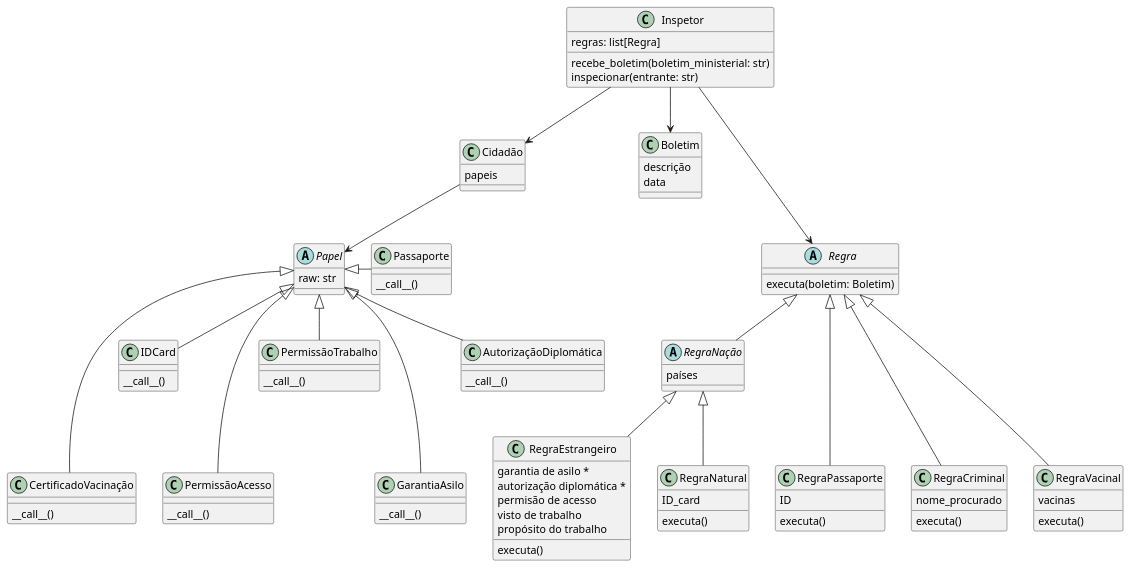
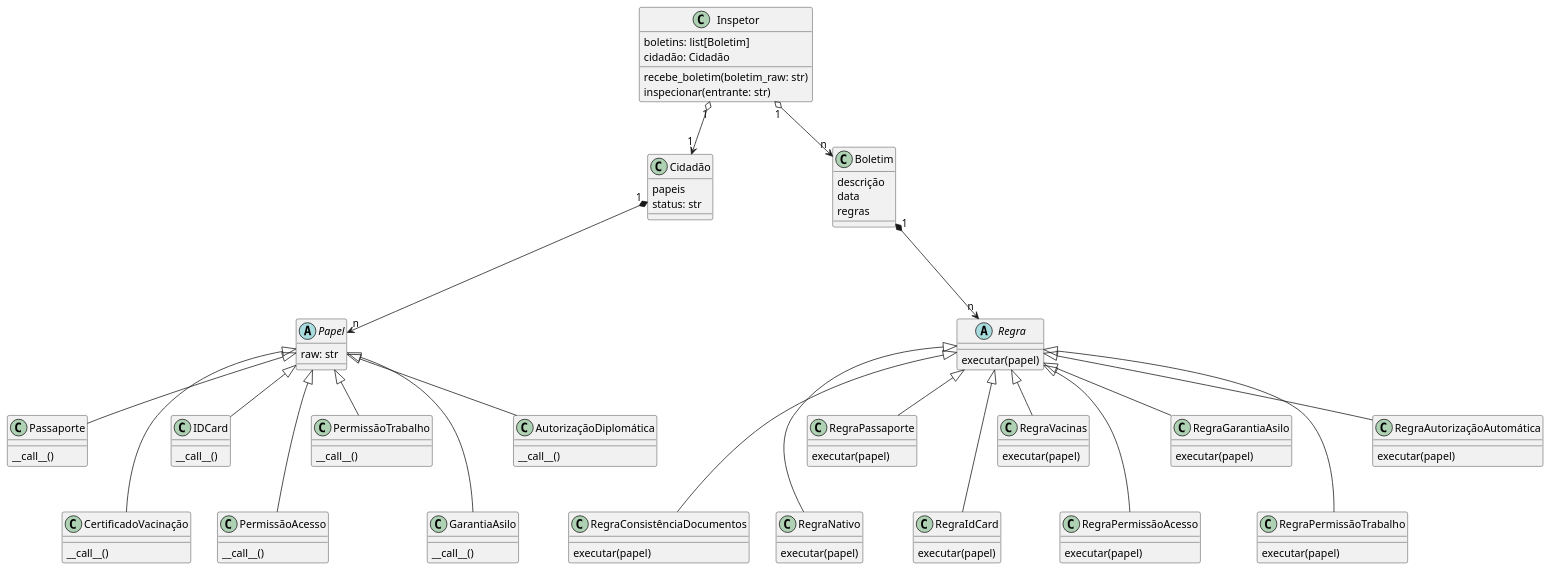
The diagram in scketch.pu (ralphribeiro/papers_please), drawn with PlantUML before and after one commit. The commit also changed 7 other files, not shown here.

```diff
--- a/scketch.pu
+++ b/scketch.pu
@@ -1,110 +1,110 @@
 @startuml
 
 class Cidadão{
     papeis
+    status: str 
 }
 
 class Boletim{
     descrição
     data
+    regras
 }
 
 class Inspetor{
-    regras: list[Regra]
-    recebe_boletim(boletim_ministerial: str)
+    boletins: list[Boletim]
+    cidadão: Cidadão
+    recebe_boletim(boletim_raw: str)
     inspecionar(entrante: str)
 }
 
 abstract Regra{
-    executa(boletim: Boletim)
+    executar(papel)
 }
 
-abstract RegraNação{
-    países
+class RegraConsistênciaDocumentos{
+    executar(papel)
 }
-
+class RegraNativo{
+    executar(papel)
+}
 class RegraPassaporte{
-    ID
-    executa()
+    executar(papel)
 }
-
-class RegraCriminal{
-    nome_procurado
-    executa()
+class RegraIdCard{
+    executar(papel)
 }
-
-class RegraVacinal{
-    vacinas
-    executa()
+class RegraVacinas{
+    executar(papel)
 }
-
-class RegraEstrangeiro{
-    garantia de asilo *
-    autorização diplomática *
-    permisão de acesso
-    visto de trabalho
-    propósito do trabalho
-    executa()
+class RegraPermissãoAcesso{
+    executar(papel)
 }
-
-class RegraNatural{
-    ID_card
-    executa()
+class RegraGarantiaAsilo{
+    executar(papel)
+}
+class RegraPermissãoTrabalho{
+    executar(papel)
+}
+class RegraAutorizaçãoAutomática{
+    executar(papel)
 }
 
 abstract Papel{
     raw: str
 }
 
 class Passaporte{
     __call__()
 }
 
 class CertificadoVacinação{
     __call__()
 }
 
 class IDCard{
     __call__()
 }
 
 class PermissãoAcesso{
     __call__()
 }
 
 class PermissãoTrabalho{
     __call__()
 }
 
 class GarantiaAsilo{
     __call__()
 }    
 
 class AutorizaçãoDiplomática{
     __call__()
 }
 
+Regra <|--- RegraConsistênciaDocumentos
+Regra <|--- RegraNativo
+Regra <|-- RegraPassaporte
+Regra <|--- RegraIdCard
+Regra <|-- RegraVacinas
+Regra <|--- RegraPermissãoAcesso
+Regra <|-- RegraGarantiaAsilo
+Regra <|--- RegraPermissãoTrabalho
+Regra <|-- RegraAutorizaçãoAutomática
 
-Papel <|- Passaporte
+Papel <|-- Passaporte
 Papel <|--- CertificadoVacinação
 Papel <|-- IDCard
 Papel <|--- PermissãoAcesso
 Papel <|-- PermissãoTrabalho
 Papel <|--- GarantiaAsilo
 Papel <|-- AutorizaçãoDiplomática
 
-Cidadão --> Papel
-
-Regra <|-- RegraNação
-Regra <|--- RegraCriminal
-Regra <|--- RegraPassaporte
-Regra <|--- RegraVacinal
-RegraNação <|-- RegraNatural
-RegraNação <|-- RegraEstrangeiro
-
-Inspetor ---> Regra
-Inspetor --> Boletim
-Inspetor --> Cidadão
+Cidadão "1" *---> "n" Papel
+Boletim "1" *---> "n" Regra
 
 
+Inspetor "1" o--> "n" Boletim
+Inspetor "1" o--> "1" Cidadão
+
 @enduml
```
